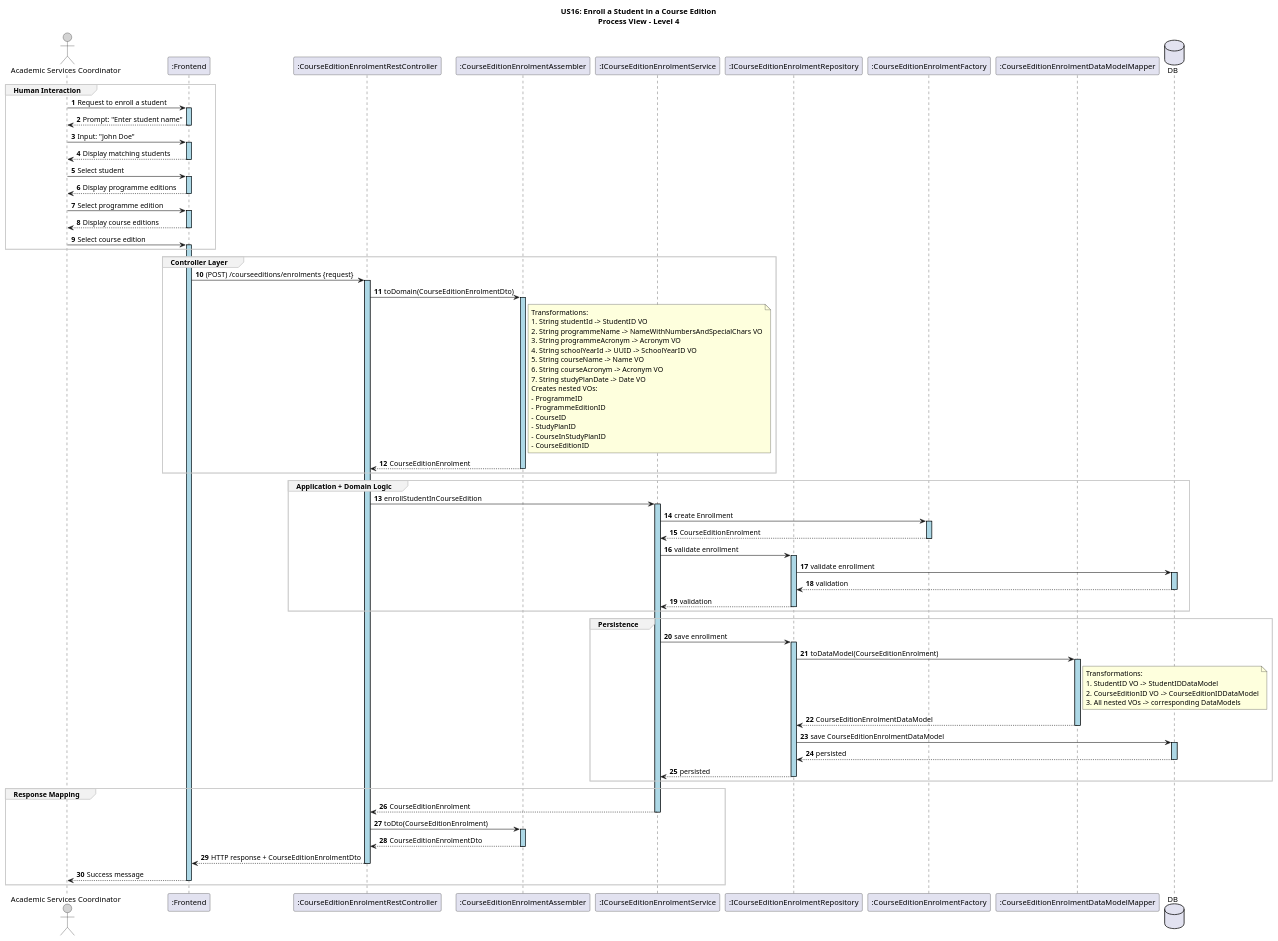
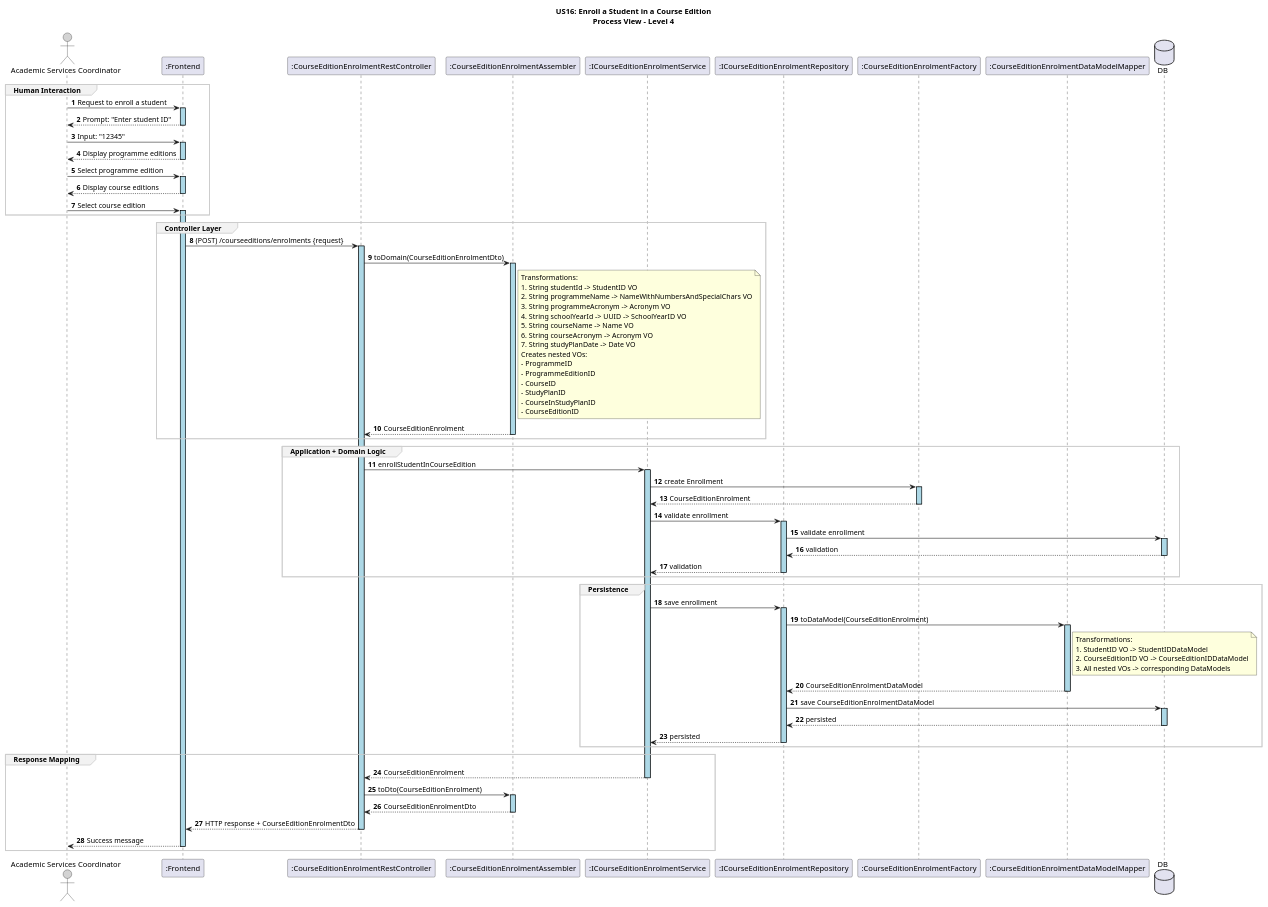
One commit to GasparISEP/DevOps-PAI changed the diagram in docs/US16/sprint6_RestController/process_view/Level4.puml. Above: the diagram before and after it, drawn with PlantUML. The commit also changed 3 other files, not shown here.

Commit message:
docs: Updated UML diagrams in process view to replace student name prompts with student ID prompts for enrollment. This change enhances clarity in the enrollment process. refs #589 #500

```diff
--- a/docs/US16/sprint6_RestController/process_view/Level4.puml
+++ b/docs/US16/sprint6_RestController/process_view/Level4.puml
@@ -1,93 +1,91 @@
 @startuml
 
 title US16: Enroll a Student in a Course Edition\nProcess View – Level 4
 
 autonumber
 skinparam sequence {
     LifelineBorderColor black
     LifelineBackgroundColor LightBlue
     ActorBorderColor black
     ActorBackgroundColor LightGray
     GroupBorderColor #cccccc
     GroupBackgroundColor #f2f2f2
 }
 
 actor "Academic Services Coordinator" as ASC
 participant ":Frontend" as UI
 participant ":CourseEditionEnrolmentRestController" as Controller
 participant ":CourseEditionEnrolmentAssembler" as Assembler
 participant ":ICourseEditionEnrolmentService" as Service
 participant ":ICourseEditionEnrolmentRepository" as Repository
 participant ":CourseEditionEnrolmentFactory" as Factory
 participant ":CourseEditionEnrolmentDataModelMapper" as DataModelMapper
 database "DB" as SpringDataRepo
 
 group Human Interaction
 ASC -> UI ++: Request to enroll a student
-UI --> ASC --: Prompt: "Enter student name"
-ASC -> UI ++: Input: "John Doe"
-UI --> ASC --: Display matching students
-ASC -> UI ++: Select student
+UI --> ASC --: Prompt: "Enter student ID"
+ASC -> UI ++: Input: "12345"
 UI --> ASC --: Display programme editions
 ASC -> UI ++: Select programme edition
 UI --> ASC --: Display course editions
 ASC -> UI ++: Select course edition
 end group
 
 group Controller Layer
 UI -> Controller ++: (POST) /courseeditions/enrolments {request}
 Controller -> Assembler ++: toDomain(CourseEditionEnrolmentDto)
 note right of Assembler
   Transformations:
   1. String studentId -> StudentID VO
   2. String programmeName -> NameWithNumbersAndSpecialChars VO
   3. String programmeAcronym -> Acronym VO
   4. String schoolYearId -> UUID -> SchoolYearID VO
   5. String courseName -> Name VO
   6. String courseAcronym -> Acronym VO
   7. String studyPlanDate -> Date VO
   Creates nested VOs:
   - ProgrammeID
   - ProgrammeEditionID
   - CourseID
   - StudyPlanID
   - CourseInStudyPlanID
   - CourseEditionID
 end note
 Assembler --> Controller --: CourseEditionEnrolment
 end group
 
 group Application + Domain Logic
 Controller -> Service ++: enrollStudentInCourseEdition
 Service -> Factory ++: create Enrollment
 Factory --> Service --: CourseEditionEnrolment
 Service -> Repository ++: validate enrollment
 Repository -> SpringDataRepo ++: validate enrollment
 SpringDataRepo --> Repository --: validation
 Repository --> Service --: validation
 end group
 
 group Persistence
 Service -> Repository ++: save enrollment
 Repository -> DataModelMapper ++: toDataModel(CourseEditionEnrolment)
 note right of DataModelMapper
   Transformations:
   1. StudentID VO -> StudentIDDataModel
   2. CourseEditionID VO -> CourseEditionIDDataModel
   3. All nested VOs -> corresponding DataModels
 end note
 DataModelMapper --> Repository --: CourseEditionEnrolmentDataModel
 Repository -> SpringDataRepo ++: save CourseEditionEnrolmentDataModel
 SpringDataRepo --> Repository --: persisted
 Repository --> Service --: persisted
 end group
 
 group Response Mapping
 Service --> Controller --: CourseEditionEnrolment
 Controller -> Assembler ++: toDto(CourseEditionEnrolment)
 Assembler --> Controller --: CourseEditionEnrolmentDto
 Controller --> UI --: HTTP response + CourseEditionEnrolmentDto
 UI --> ASC --: Success message
 end group
 
 @enduml
```
